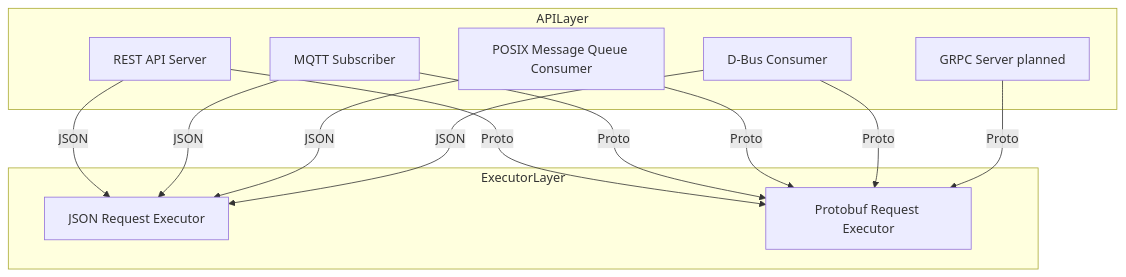
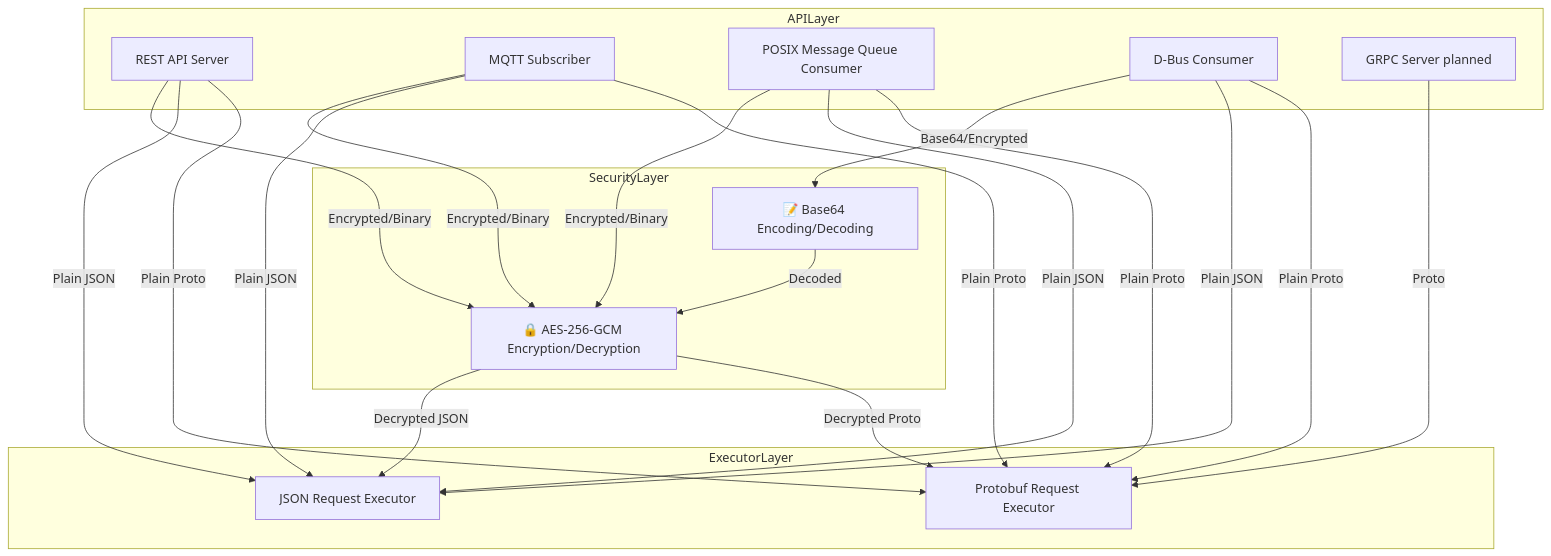
One commit to Komal-kalyanraman/container_manager changed the second of 6 diagrams in docs/architecture/architecture_diagram.md. Above: the diagram before and after it, drawn with Mermaid. The commit also changed other lines of this file and 20 other files, not shown here.

Commit message:
Implemented AES-256-GCM encryption decryption. - Modified README.md to document new security features and usage examples for encryption. - Updated architecture documentation to reflect the new security layer and its integration with existing protocols.

````diff
--- a/docs/architecture/architecture_diagram.md
+++ b/docs/architecture/architecture_diagram.md
@@ -90,25 +103,39 @@
 ```mermaid
 flowchart TD
 subgraph APILayer
 REST[REST API Server]
 MQTT[MQTT Subscriber]
 MQ[POSIX Message Queue Consumer]
 DBUS[D-Bus Consumer]
 GRPC[GRPC Server planned]
 end
 
+subgraph SecurityLayer
+ENCRYPT[🔒 AES-256-GCM Encryption/Decryption]
+B64[📝 Base64 Encoding/Decoding]
+end
+
 subgraph ExecutorLayer
 JSON[JSON Request Executor]
 PROTO[Protobuf Request Executor]
 end
 
-REST -- JSON --> JSON
-REST -- Proto --> PROTO
-MQTT -- JSON --> JSON
-MQTT -- Proto --> PROTO
-MQ -- JSON --> JSON
-MQ -- Proto --> PROTO
-DBUS -- JSON --> JSON
-DBUS -- Proto --> PROTO
-GRPC -- Proto --> PROTO
+REST -- "Encrypted/Binary" --> ENCRYPT
+MQTT -- "Encrypted/Binary" --> ENCRYPT
+MQ -- "Encrypted/Binary" --> ENCRYPT
+DBUS -- "Base64/Encrypted" --> B64
+B64 -- "Decoded" --> ENCRYPT
+
+ENCRYPT -- "Decrypted JSON" --> JSON
+ENCRYPT -- "Decrypted Proto" --> PROTO
+
+REST -- "Plain JSON" --> JSON
+REST -- "Plain Proto" --> PROTO
+MQTT -- "Plain JSON" --> JSON
+MQTT -- "Plain Proto" --> PROTO
+MQ -- "Plain JSON" --> JSON
+MQ -- "Plain Proto" --> PROTO
+DBUS -- "Plain JSON" --> JSON
+DBUS -- "Plain Proto" --> PROTO
+GRPC -- "Proto" --> PROTO
 ```
````
